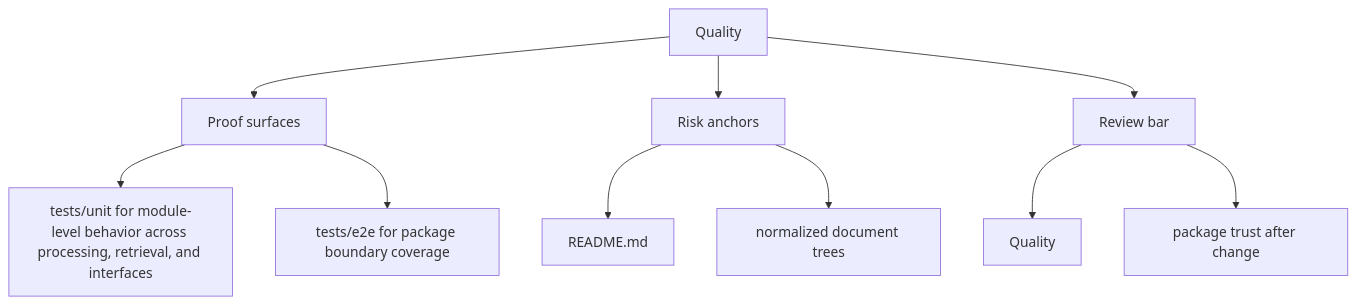
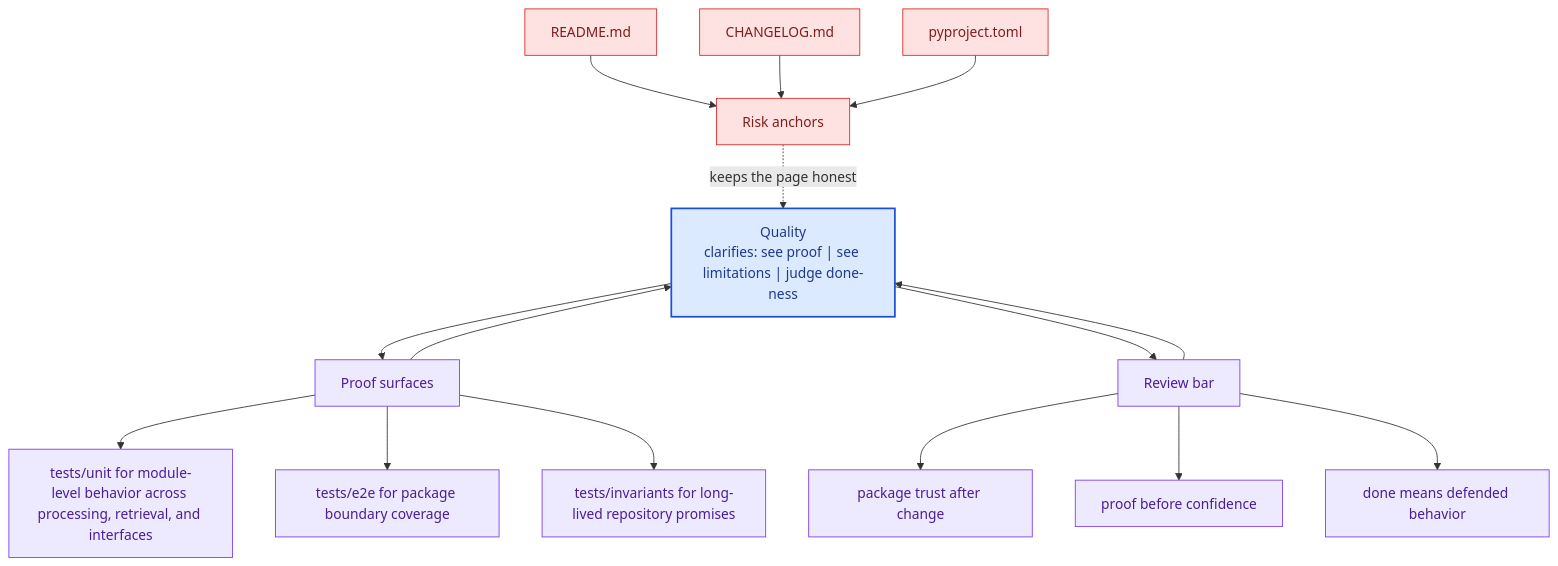
The second of 2 diagrams in docs/bijux-canon-ingest/quality/index.md (bijux/bijux-canon), drawn with Mermaid before and after one commit. The commit also changed other lines of this file and 281 other files, not shown here.

Commit message:
docs(diagrams): deepen handbook mermaid maps across the catalog

````diff
--- a/docs/bijux-canon-ingest/quality/index.md
+++ b/docs/bijux-canon-ingest/quality/index.md
@@ -32,22 +65,41 @@
 ```mermaid
-flowchart TD
-    page["Quality"]
+flowchart TB
+    promise["Quality<br/>clarifies: see proof | see limitations | judge done-ness"]
+    classDef promise fill:#dbeafe,stroke:#1d4ed8,color:#1e3a8a,stroke-width:2px;
+    classDef driver fill:#dcfce7,stroke:#16a34a,color:#14532d;
+    classDef constraint fill:#fee2e2,stroke:#dc2626,color:#7f1d1d;
+    classDef ground fill:#ede9fe,stroke:#7c3aed,color:#4c1d95;
     focus1["Proof surfaces"]
-    page --> focus1
+    focus1 --> promise
+    promise --> focus1
     focus1_1["tests/unit for module-level behavior across processing, retrieval, and interfaces"]
     focus1 --> focus1_1
     focus1_2["tests/e2e for package boundary coverage"]
     focus1 --> focus1_2
+    focus1_3["tests/invariants for long-lived repository promises"]
+    focus1 --> focus1_3
+    class focus1 ground;
+    class focus1_1,focus1_2,focus1_3 ground;
     focus2["Risk anchors"]
-    page --> focus2
+    focus2 -.keeps the page honest.-> promise
     focus2_1["README.md"]
-    focus2 --> focus2_1
-    focus2_2["normalized document trees"]
-    focus2 --> focus2_2
+    focus2_1 --> focus2
+    focus2_2["CHANGELOG.md"]
+    focus2_2 --> focus2
+    focus2_3["pyproject.toml"]
+    focus2_3 --> focus2
+    class focus2 constraint;
+    class focus2_1,focus2_2,focus2_3 constraint;
     focus3["Review bar"]
-    page --> focus3
-    focus3_1["Quality"]
+    focus3 --> promise
+    promise --> focus3
+    focus3_1["package trust after change"]
     focus3 --> focus3_1
-    focus3_2["package trust after change"]
+    focus3_2["proof before confidence"]
     focus3 --> focus3_2
+    focus3_3["done means defended behavior"]
+    focus3 --> focus3_3
+    class focus3 ground;
+    class focus3_1,focus3_2,focus3_3 ground;
+    class promise promise;
 ```
````
